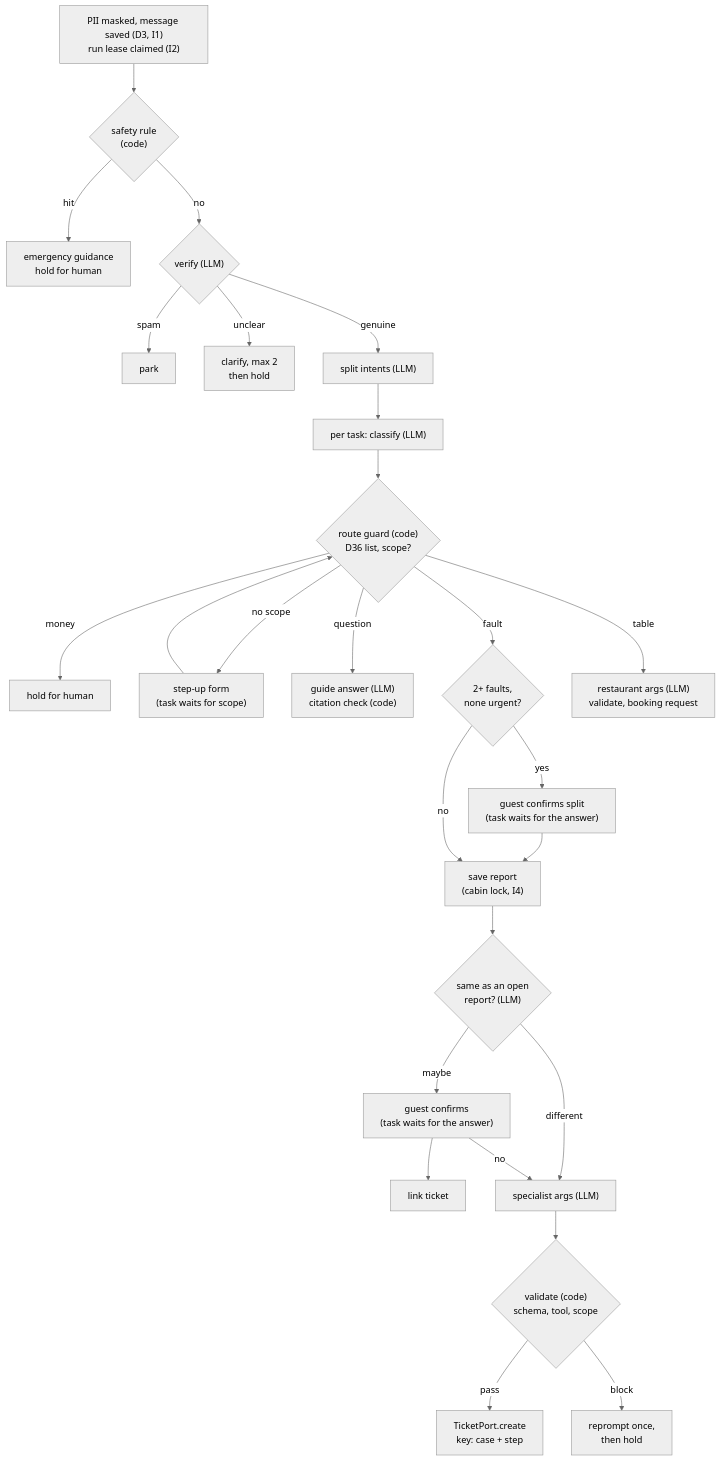
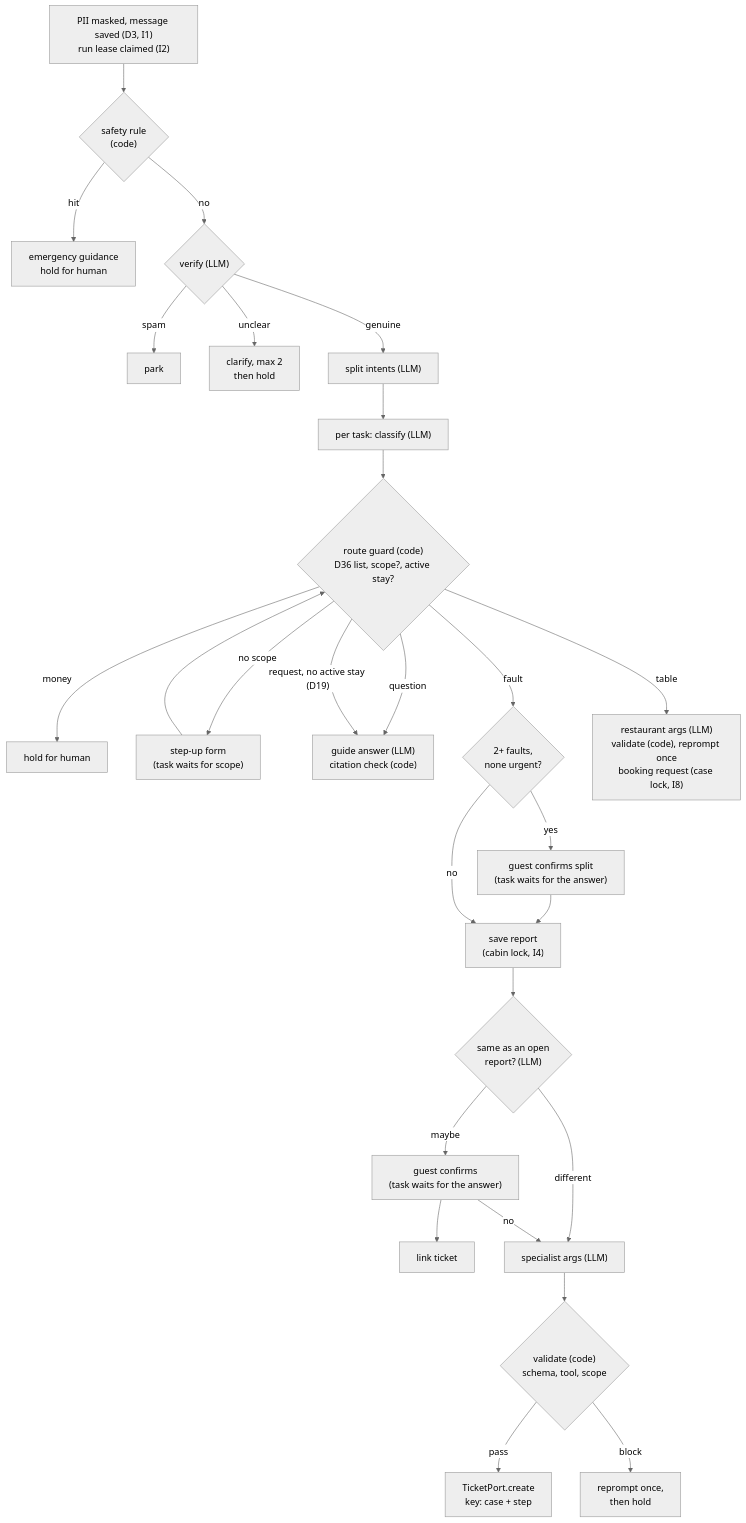
Before and after one commit to nish1013/camp-guest-ai-agent: the second of 5 diagrams in docs/architecture.md, drawn with Mermaid (neutral theme). The commit also changed 40 other files, not shown here.

Commit message:
Restaurant booking requests: specialist, validation, active-stay check (#10)

````diff
--- a/docs/architecture.md
+++ b/docs/architecture.md
@@ -51,24 +51,25 @@
 ```mermaid
 flowchart TD
   In["PII masked, message saved (D3, I1)<br/>run lease claimed (I2)"] --> Safety{"safety rule<br/>(code)"}
   Safety -- hit --> Emergency["emergency guidance<br/>hold for human"]
   Safety -- no --> Verify{"verify (LLM)"}
   Verify -- spam --> Park["park"]
   Verify -- unclear --> Clarify["clarify, max 2<br/>then hold"]
   Verify -- genuine --> Split["split intents (LLM)"]
   Split --> Classify["per task: classify (LLM)"]
-  Classify --> Guard{"route guard (code)<br/>D36 list, scope?"}
+  Classify --> Guard{"route guard (code)<br/>D36 list, scope?, active stay?"}
   Guard -- money --> Hold["hold for human"]
   Guard -- no scope --> StepUp["step-up form<br/>(task waits for scope)"] --> Guard
   Guard -- question --> Answer["guide answer (LLM)<br/>citation check (code)"]
+  Guard -- "request, no active stay (D19)" --> Answer
   Guard -- fault --> Confirm{"2+ faults,<br/>none urgent?"}
   Confirm -- yes --> AskSplit["guest confirms split<br/>(task waits for the answer)"] --> Report
   Confirm -- no --> Report["save report<br/>(cabin lock, I4)"] --> Same{"same as an open<br/>report? (LLM)"}
   Same -- maybe --> AskSame["guest confirms<br/>(task waits for the answer)"] --> Link["link ticket"]
   Same -- different --> Args["specialist args (LLM)"]
   AskSame -- no --> Args
   Args --> Validate{"validate (code)<br/>schema, tool, scope"}
   Validate -- pass --> Ticket["TicketPort.create<br/>key: case + step"]
   Validate -- block --> Reprompt["reprompt once,<br/>then hold"]
-  Guard -- table --> Booking["restaurant args (LLM)<br/>validate, booking request"]
+  Guard -- table --> Booking["restaurant args (LLM)<br/>validate (code), reprompt once<br/>booking request (case lock, I8)"]
 ```
````
